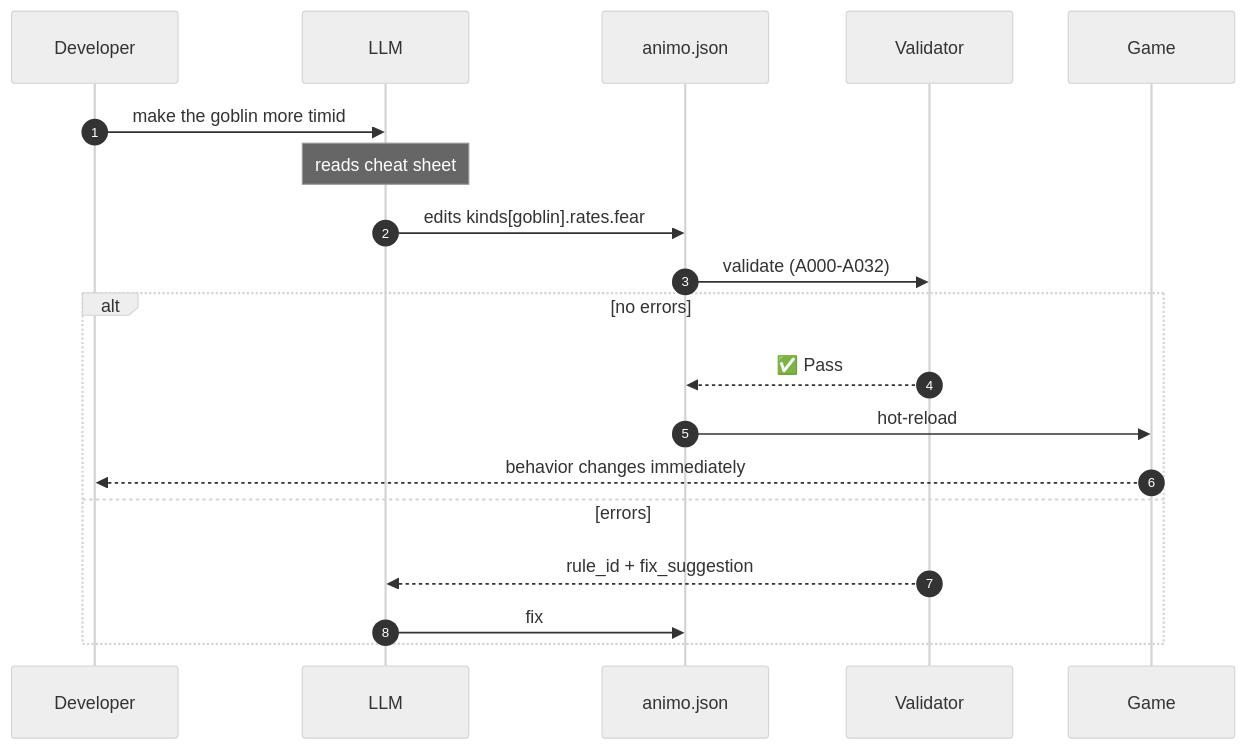
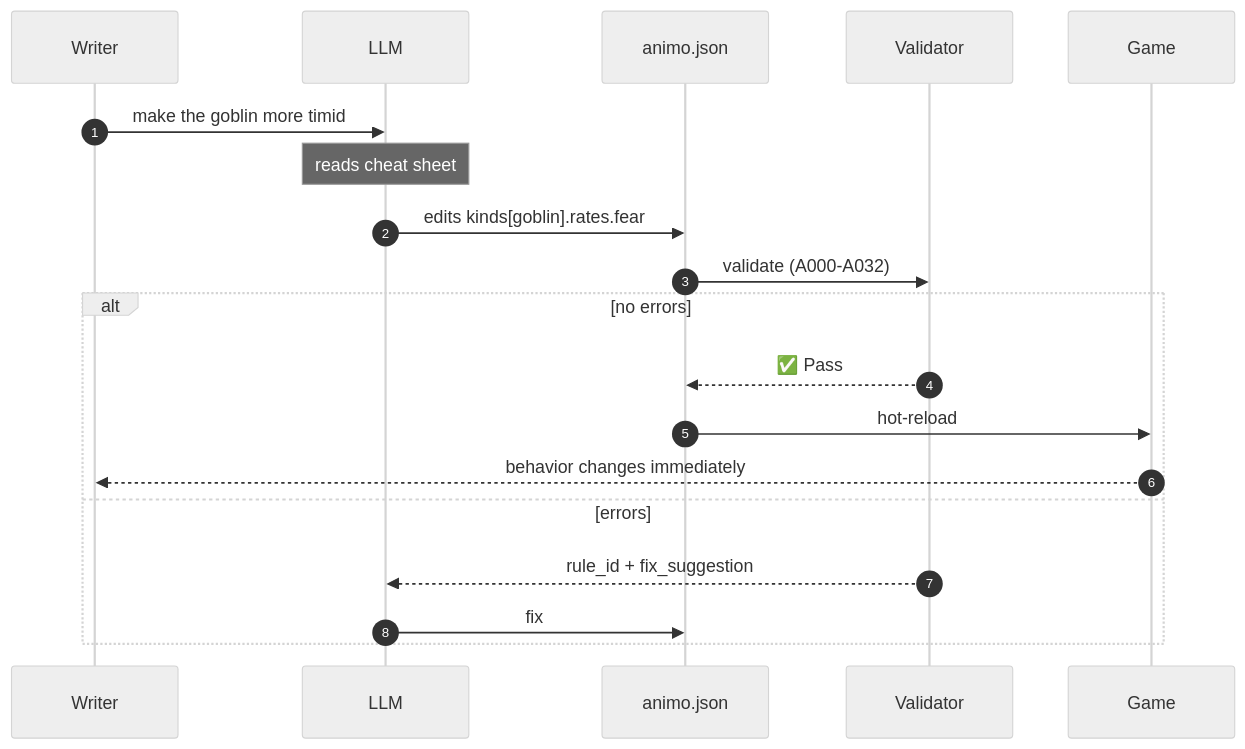
Diagram 45 of 56 in docs/animo_spec.md (hiroxpepe/animo), drawn with Mermaid (neutral theme) before and after one commit. The commit also changed other lines of this file, not shown here.

Commit message:
fix: Update the mermaid diagram text to fit Basic English

````diff
--- a/docs/animo_spec.md
+++ b/docs/animo_spec.md
@@ -2870,21 +2870,21 @@
 ```mermaid
 sequenceDiagram
   autonumber
-  participant Dev as Developer
+  participant Dev as Writer
   participant LLM
   participant JSON as animo.json
   participant Val as Validator
   participant Game
   Dev->>LLM: make the goblin more timid
   Note over LLM: reads cheat sheet
   LLM->>JSON: edits kinds[goblin].rates.fear
   JSON->>Val: validate (A000-A032)
   alt no errors
     Val-->>JSON: ✅ Pass
     JSON->>Game: hot-reload
     Game-->>Dev: behavior changes immediately
   else errors
     Val-->>LLM: rule_id + fix_suggestion
     LLM->>JSON: fix
   end
 ```
````
